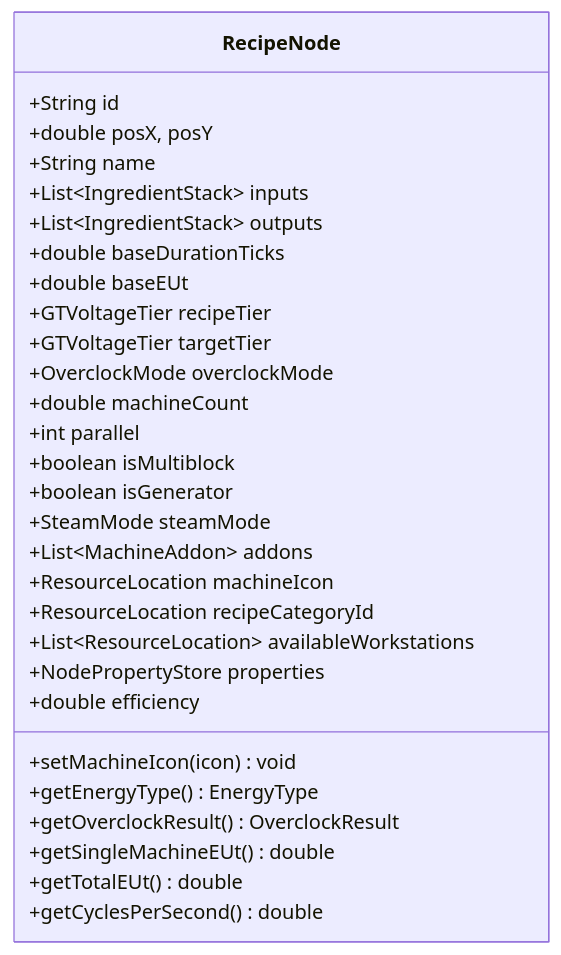
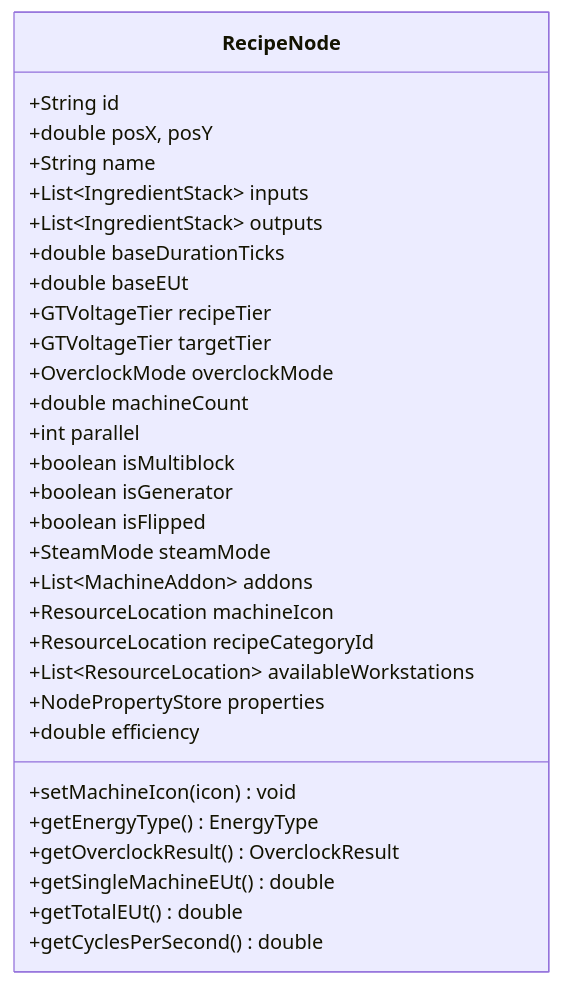
One commit to Amvermain/GregTechCalculatorBoard changed the first of 3 diagrams in docs/ko_kr/spec/01_CORE_DOMAIN_AND_MODELS.md. Above: the diagram before and after it, drawn with Mermaid. The commit also changed other lines of this file and 42 other files, not shown here.

First line of the commit message:
feat: prepare v2.0.0-alpha.10, clean architecture refactor & add RFC-005 ETA spec

````diff
--- a/docs/ko_kr/spec/01_CORE_DOMAIN_AND_MODELS.md
+++ b/docs/ko_kr/spec/01_CORE_DOMAIN_AND_MODELS.md
@@ -52,32 +52,33 @@
 ```mermaid
 classDiagram
     class RecipeNode {
         +String id
         +double posX, posY
         +String name
         +List~IngredientStack~ inputs
         +List~IngredientStack~ outputs
         +double baseDurationTicks
         +double baseEUt
         +GTVoltageTier recipeTier
         +GTVoltageTier targetTier
         +OverclockMode overclockMode
         +double machineCount
         +int parallel
         +boolean isMultiblock
         +boolean isGenerator
+        +boolean isFlipped
         +SteamMode steamMode
         +List~MachineAddon~ addons
         +ResourceLocation machineIcon
         +ResourceLocation recipeCategoryId
         +List~ResourceLocation~ availableWorkstations
         +NodePropertyStore properties
         +double efficiency
         +setMachineIcon(icon) void
         +getEnergyType() EnergyType
         +getOverclockResult() OverclockResult
         +getSingleMachineEUt() double
         +getTotalEUt() double
         +getCyclesPerSecond() double
     }
 ```
````
